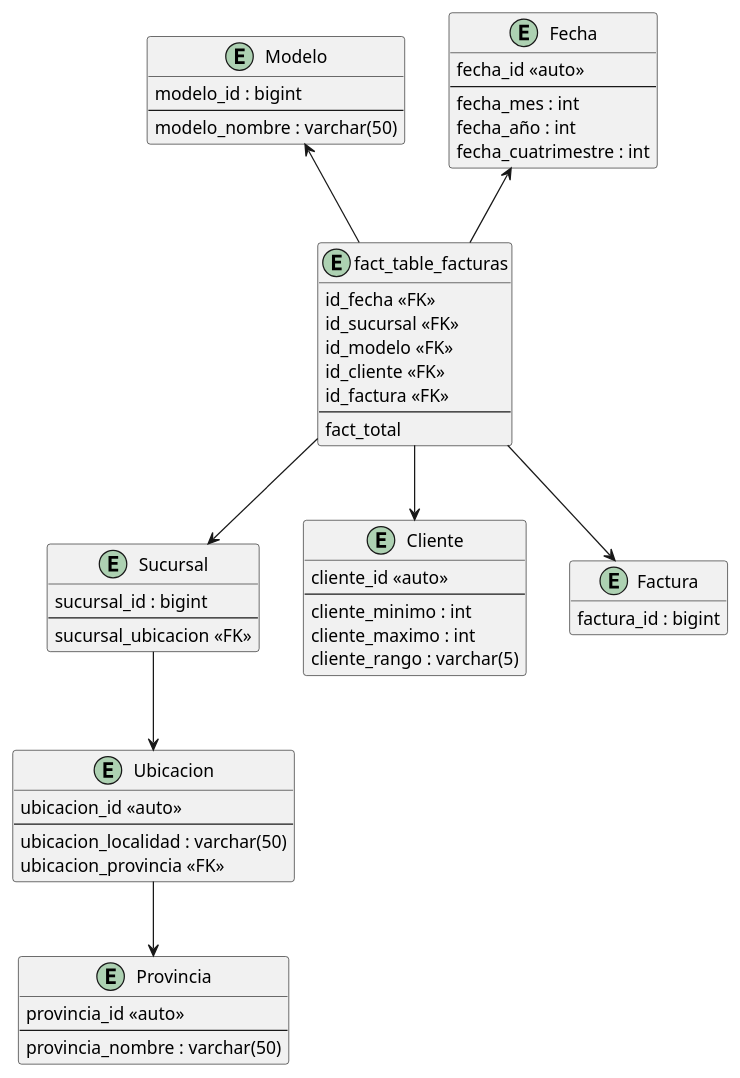
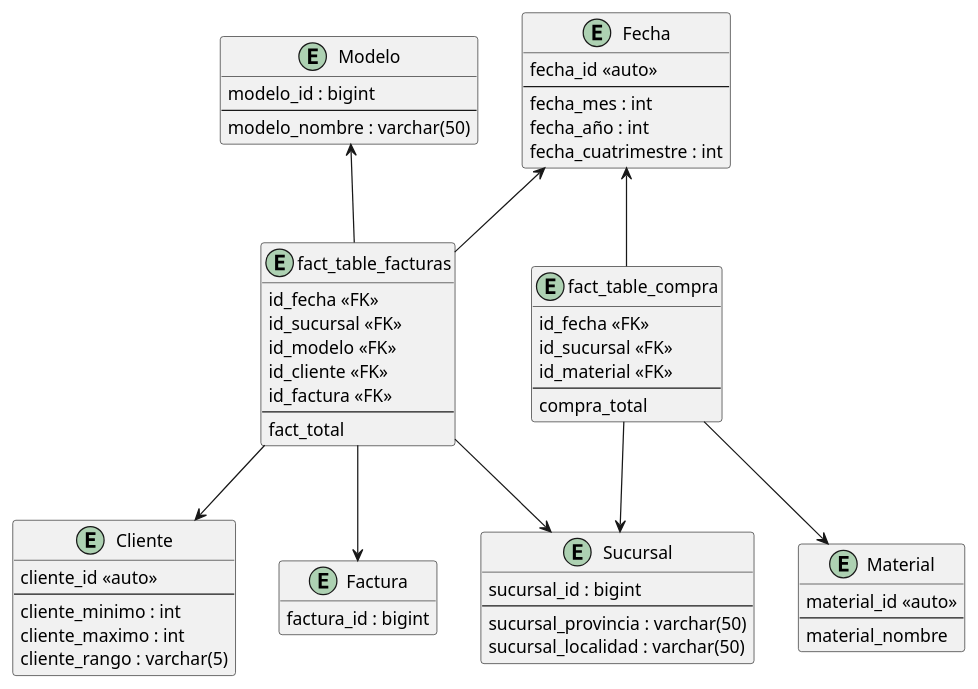
Before and after one commit to JuanManuelRama/BasesDeDatos: the diagram in BI.puml, drawn with PlantUML. The commit also changed 1 other file, not shown here.

```diff
--- a/BI.puml
+++ b/BI.puml
@@ -1,70 +1,74 @@
 @startuml BI
 hide methods
 
 entity Sucursal {
     sucursal_id : bigint
     --
-    sucursal_ubicacion <<FK>>
+    sucursal_provincia : varchar(50)
+    sucursal_localidad : varchar(50)
 }
 
 entity Cliente {
     cliente_id <<auto>>
     --
     cliente_minimo : int
     cliente_maximo : int
     cliente_rango : varchar(5)
-}
-
-entity Provincia {
-    provincia_id <<auto>>
-    --
-    provincia_nombre : varchar(50)
-}
-
-entity Ubicacion {
-    ubicacion_id <<auto>>
-    --
-    ubicacion_localidad : varchar(50)
-    ubicacion_provincia <<FK>>
 }
 
 entity Modelo {
     modelo_id : bigint
     --
     modelo_nombre : varchar(50)
 }
 
 entity Fecha {
     fecha_id <<auto>>
     --
     fecha_mes : int
     fecha_año : int
     fecha_cuatrimestre : int
 }
 
 entity Factura {
     factura_id : bigint
 }
 
+entity Material {
+    material_id <<auto>>
+    --
+    material_nombre
+}
+
 entity fact_table_facturas {
     id_fecha <<FK>>
     id_sucursal <<FK>>
     id_modelo <<FK>>
     id_cliente <<FK>>
     id_factura <<FK>>
     --
     fact_total
 }
 
+entity fact_table_compra {
+    id_fecha <<FK>>
+    id_sucursal <<FK>>
+    id_material <<FK>>
+    --
+    compra_total
+}
+
 fact_table_facturas --> Cliente
 fact_table_facturas --> Sucursal
 Fecha <-- fact_table_facturas
 Modelo <-- fact_table_facturas
 fact_table_facturas --> Factura
 
-Sucursal --> Ubicacion
-Ubicacion -->Provincia
+Fecha <-- fact_table_compra
+fact_table_compra --> Sucursal
+fact_table_compra --> Material
+
 
 
 
 @enduml
```
